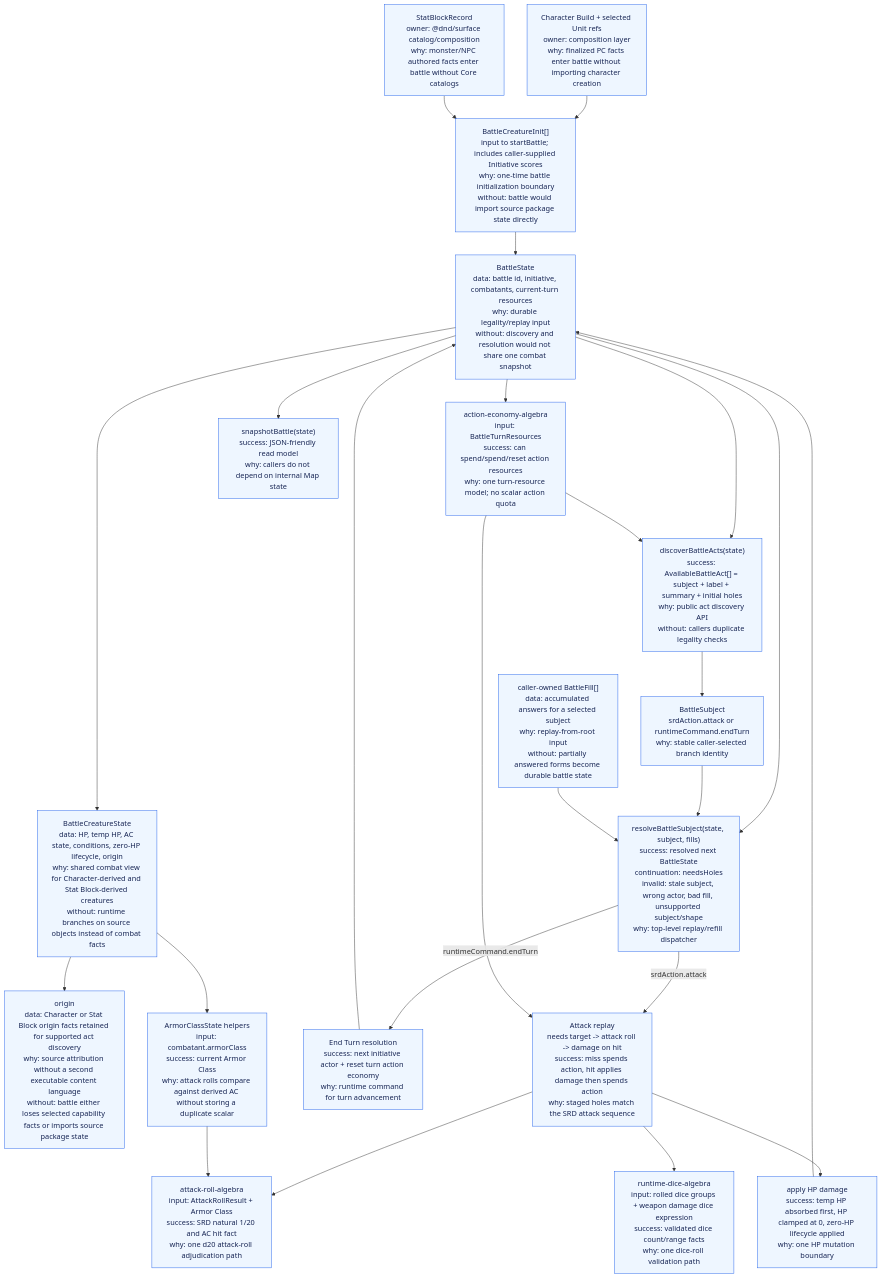
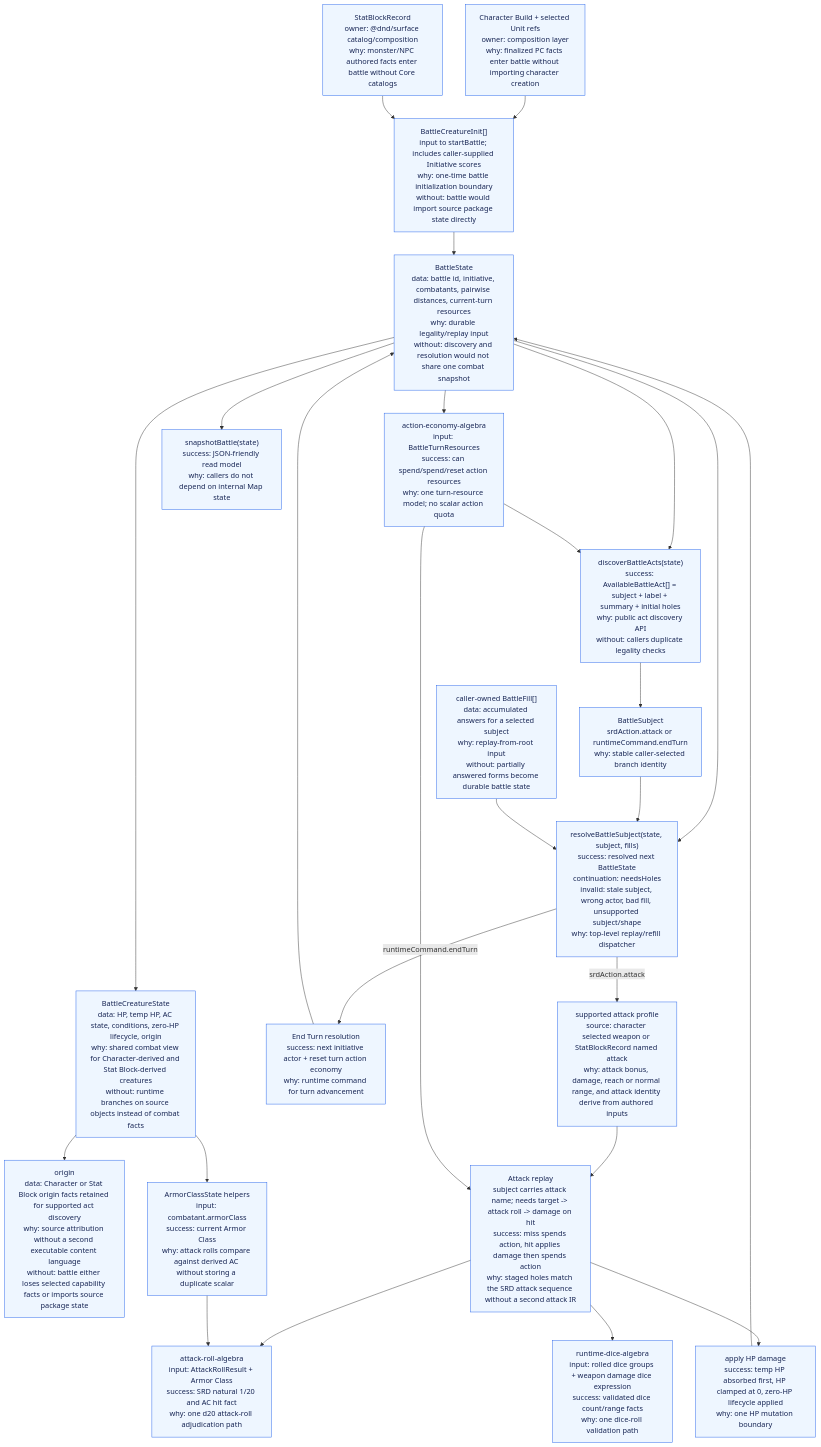
The first of 2 diagrams in packages/battle-runtime/ARCHITECTURE_GRAPH.md (dearlordylord/5e-quint), drawn with Mermaid before and after one commit. The commit also changed other lines of this file and 12 other files, not shown here.

````diff
--- a/packages/battle-runtime/ARCHITECTURE_GRAPH.md
+++ b/packages/battle-runtime/ARCHITECTURE_GRAPH.md
@@ -13,44 +13,45 @@
 ```mermaid
 flowchart TD
   CharacterBuild["Character Build + selected Unit refs<br/>owner: composition layer<br/>why: finalized PC facts enter battle without importing character creation"]
   StatBlock["StatBlockRecord<br/>owner: @dnd/surface catalog/composition<br/>why: monster/NPC authored facts enter battle without Core catalogs"]
   Init["BattleCreatureInit[]<br/>input to startBattle; includes caller-supplied Initiative scores<br/>why: one-time battle initialization boundary<br/>without: battle would import source package state directly"]
-  State["BattleState<br/>data: battle id, initiative, combatants, current-turn resources<br/>why: durable legality/replay input<br/>without: discovery and resolution would not share one combat snapshot"]
+  State["BattleState<br/>data: battle id, initiative, combatants, pairwise distances, current-turn resources<br/>why: durable legality/replay input<br/>without: discovery and resolution would not share one combat snapshot"]
   Creature["BattleCreatureState<br/>data: HP, temp HP, AC state, conditions, zero-HP lifecycle, origin<br/>why: shared combat view for Character-derived and Stat Block-derived creatures<br/>without: runtime branches on source objects instead of combat facts"]
   Origin["origin<br/>data: Character or Stat Block origin facts retained for supported act discovery<br/>why: source attribution without a second executable content language<br/>without: battle either loses selected capability facts or imports source package state"]
   ArmorClass["ArmorClassState helpers<br/>input: combatant.armorClass<br/>success: current Armor Class<br/>why: attack rolls compare against derived AC without storing a duplicate scalar"]
   ActionEconomy["action-economy-algebra<br/>input: BattleTurnResources<br/>success: can spend/spend/reset action resources<br/>why: one turn-resource model; no scalar action quota"]
   AttackRoll["attack-roll-algebra<br/>input: AttackRollResult + Armor Class<br/>success: SRD natural 1/20 and AC hit fact<br/>why: one d20 attack-roll adjudication path"]
   RuntimeDice["runtime-dice-algebra<br/>input: rolled dice groups + weapon damage dice expression<br/>success: validated dice count/range facts<br/>why: one dice-roll validation path"]
   Discover["discoverBattleActs(state)<br/>success: AvailableBattleAct[] = subject + label + summary + initial holes<br/>why: public act discovery API<br/>without: callers duplicate legality checks"]
   Subject["BattleSubject<br/>srdAction.attack or runtimeCommand.endTurn<br/>why: stable caller-selected branch identity"]
   FillSession["caller-owned BattleFill[]<br/>data: accumulated answers for a selected subject<br/>why: replay-from-root input<br/>without: partially answered forms become durable battle state"]
   Resolve["resolveBattleSubject(state, subject, fills)<br/>success: resolved next BattleState<br/>continuation: needsHoles<br/>invalid: stale subject, wrong actor, bad fill, unsupported subject/shape<br/>why: top-level replay/refill dispatcher"]
   EndTurn["End Turn resolution<br/>success: next initiative actor + reset turn action economy<br/>why: runtime command for turn advancement"]
-  AttackReplay["Attack replay<br/>needs target -> attack roll -> damage on hit<br/>success: miss spends action, hit applies damage then spends action<br/>why: staged holes match the SRD attack sequence"]
+  AttackProfile["supported attack profile<br/>source: character selected weapon or StatBlockRecord named attack<br/>why: attack bonus, damage, reach or normal range, and attack identity derive from authored inputs"]
+  AttackReplay["Attack replay<br/>subject carries attack name; needs target -> attack roll -> damage on hit<br/>success: miss spends action, hit applies damage then spends action<br/>why: staged holes match the SRD attack sequence without a second attack IR"]
   Damage["apply HP damage<br/>success: temp HP absorbed first, HP clamped at 0, zero-HP lifecycle applied<br/>why: one HP mutation boundary"]
   Snapshot["snapshotBattle(state)<br/>success: JSON-friendly read model<br/>why: callers do not depend on internal Map state"]
 
   CharacterBuild --> Init
   StatBlock --> Init
   Init --> State --> Creature
   Creature --> Origin
   Creature --> ArmorClass
   State --> ActionEconomy
   State --> Discover --> Subject
   State --> Snapshot
   State --> Resolve
   Subject --> Resolve
   FillSession --> Resolve
   Resolve -->|runtimeCommand.endTurn| EndTurn --> State
-  Resolve -->|srdAction.attack| AttackReplay
+  Resolve -->|srdAction.attack| AttackProfile --> AttackReplay
   AttackReplay --> AttackRoll
   AttackReplay --> RuntimeDice
   AttackReplay --> Damage --> State
   ArmorClass --> AttackRoll
   ActionEconomy --> Discover
   ActionEconomy --> AttackReplay
 
   classDef implemented fill:#eef6ff,stroke:#2563eb,color:#172554;
-  class CharacterBuild,StatBlock,Init,State,Creature,Origin,ArmorClass,ActionEconomy,AttackRoll,RuntimeDice,Discover,Subject,FillSession,Resolve,EndTurn,AttackReplay,Damage,Snapshot implemented;
+  class CharacterBuild,StatBlock,Init,State,Creature,Origin,ArmorClass,ActionEconomy,AttackRoll,RuntimeDice,Discover,Subject,FillSession,Resolve,EndTurn,AttackProfile,AttackReplay,Damage,Snapshot implemented;
 ```
````
